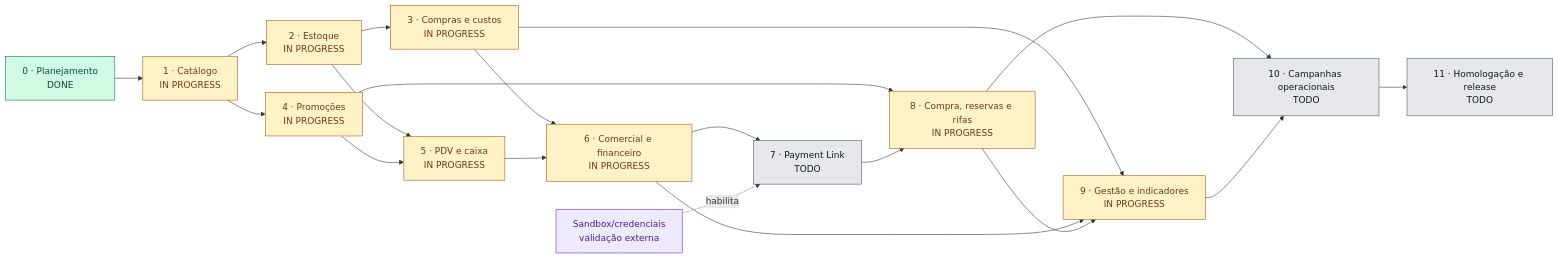
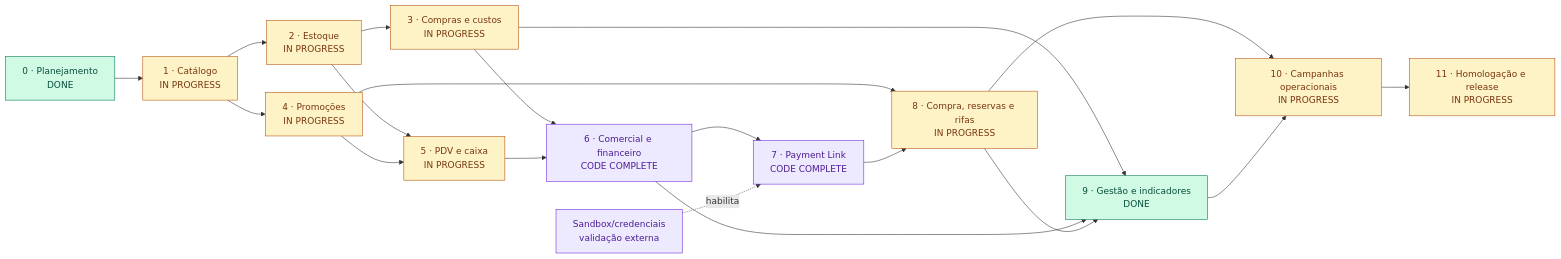
One commit to Germinatura/germinatura-platform changed the diagram in docs/product/ROADMAP.md. Above: the diagram before and after it, drawn with Mermaid. The commit also changed other lines of this file and 31 other files, not shown here.

````diff
--- a/docs/product/ROADMAP.md
+++ b/docs/product/ROADMAP.md
@@ -21,30 +21,30 @@
 ```mermaid
 flowchart LR
     E0["0 · Planejamento<br/>DONE"] --> E1["1 · Catálogo<br/>IN PROGRESS"]
     E1 --> E2["2 · Estoque<br/>IN PROGRESS"]
     E1 --> E4["4 · Promoções<br/>IN PROGRESS"]
     E2 --> E3["3 · Compras e custos<br/>IN PROGRESS"]
     E2 --> E5["5 · PDV e caixa<br/>IN PROGRESS"]
     E4 --> E5
-    E3 --> E6["6 · Comercial e financeiro<br/>IN PROGRESS"]
+    E3 --> E6["6 · Comercial e financeiro<br/>CODE COMPLETE"]
     E5 --> E6
-    E6 --> E7["7 · Payment Link<br/>TODO"]
+    E6 --> E7["7 · Payment Link<br/>CODE COMPLETE"]
     E4 --> E8["8 · Compra, reservas e rifas<br/>IN PROGRESS"]
     E7 --> E8
-    E3 --> E9["9 · Gestão e indicadores<br/>IN PROGRESS"]
+    E3 --> E9["9 · Gestão e indicadores<br/>DONE"]
     E6 --> E9
     E8 --> E9
-    E8 --> E10["10 · Campanhas operacionais<br/>TODO"]
+    E8 --> E10["10 · Campanhas operacionais<br/>IN PROGRESS"]
     E9 --> E10
-    E10 --> E11["11 · Homologação e release<br/>TODO"]
+    E10 --> E11["11 · Homologação e release<br/>IN PROGRESS"]
     S["Sandbox/credenciais<br/>validação externa"] -. habilita .-> E7
 
     classDef done fill:#d1fae5,stroke:#047857,color:#064e3b;
     classDef progress fill:#fef3c7,stroke:#b45309,color:#78350f;
     classDef todo fill:#e5e7eb,stroke:#4b5563,color:#111827;
     classDef external fill:#ede9fe,stroke:#6d28d9,color:#4c1d95;
-    class E0 done;
-    class E1,E2,E3,E4,E5,E6,E8,E9 progress;
-    class E7,E10,E11 todo;
+    class E0,E9 done;
+    class E1,E2,E3,E4,E5,E8,E10,E11 progress;
+    class E6,E7 external;
     class S external;
 ```
````
